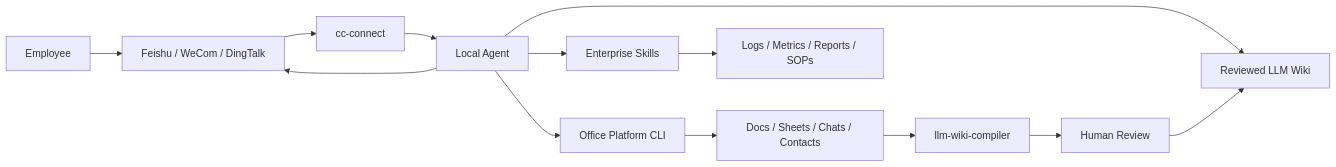
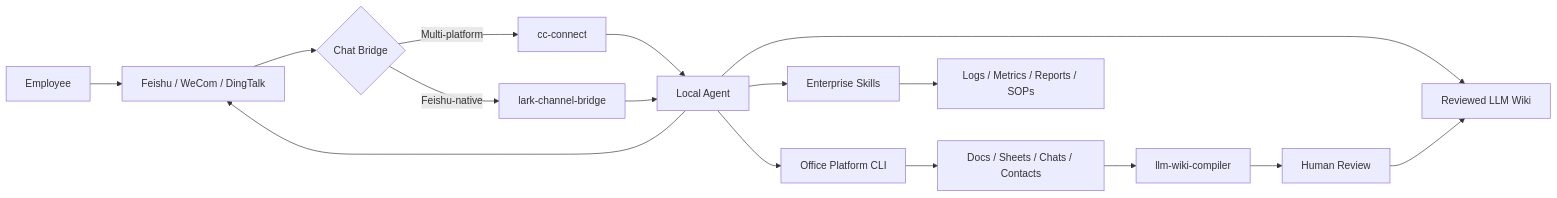
Before and after one commit to eddiearc/fde-kit: the diagram in README.en.md, drawn with Mermaid. The commit also changed other lines of this file and 1 other file, not shown here.

First line of the commit message:
feat: add lark-channel-bridge as Feishu-native Chat Bridge option

````diff
--- a/README.en.md
+++ b/README.en.md
@@ -11,15 +11,18 @@
 ```mermaid
 flowchart LR
   User[Employee] --> Chat[Feishu / WeCom / DingTalk]
-  Chat --> Bridge[cc-connect]
-  Bridge --> Agent[Local Agent]
+  Chat --> Bridge{Chat Bridge}
+  Bridge -->|Multi-platform| cc[cc-connect]
+  Bridge -->|Feishu-native| lark[lark-channel-bridge]
+  cc --> Agent[Local Agent]
+  lark --> Agent
   Agent --> Platform[Office Platform CLI]
   Agent --> Wiki[Reviewed LLM Wiki]
   Agent --> Skills[Enterprise Skills]
   Platform --> Data[Docs / Sheets / Chats / Contacts]
   Data --> Compiler[llm-wiki-compiler]
   Compiler --> Review[Human Review]
   Review --> Wiki
   Skills --> Workflow[Logs / Metrics / Reports / SOPs]
   Agent --> Chat
 ```
````
